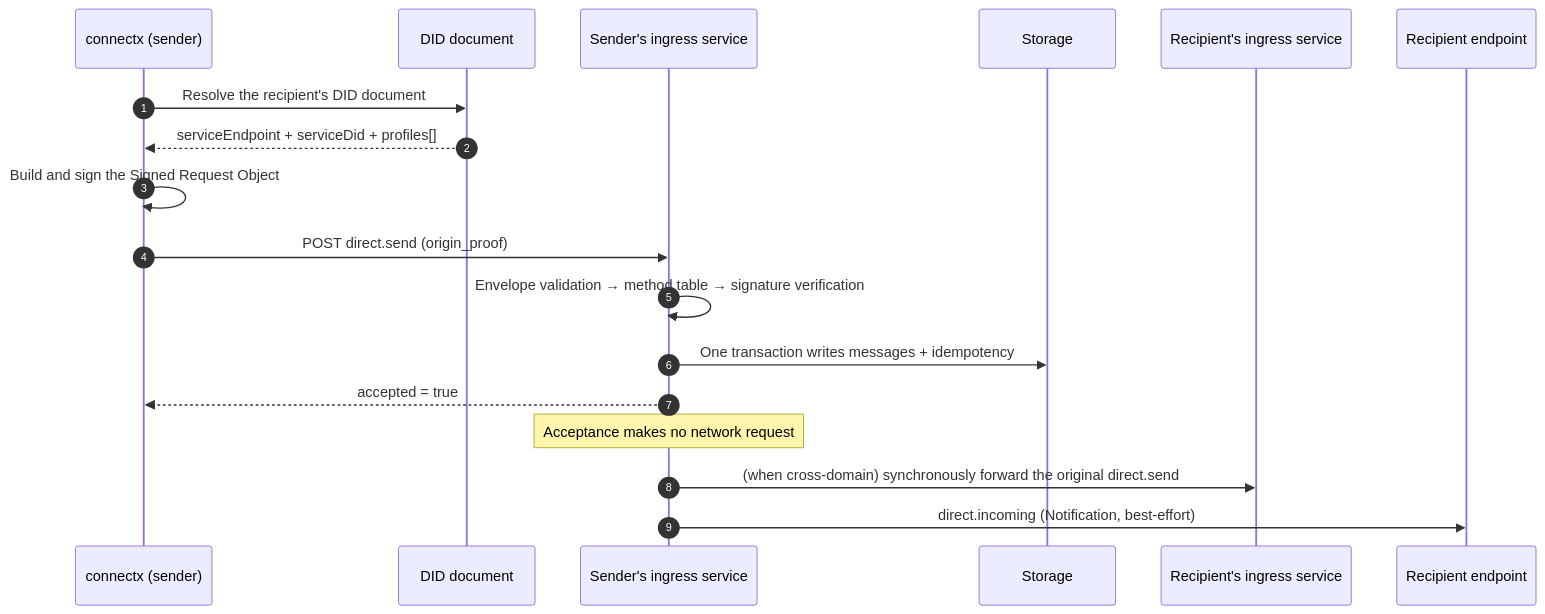
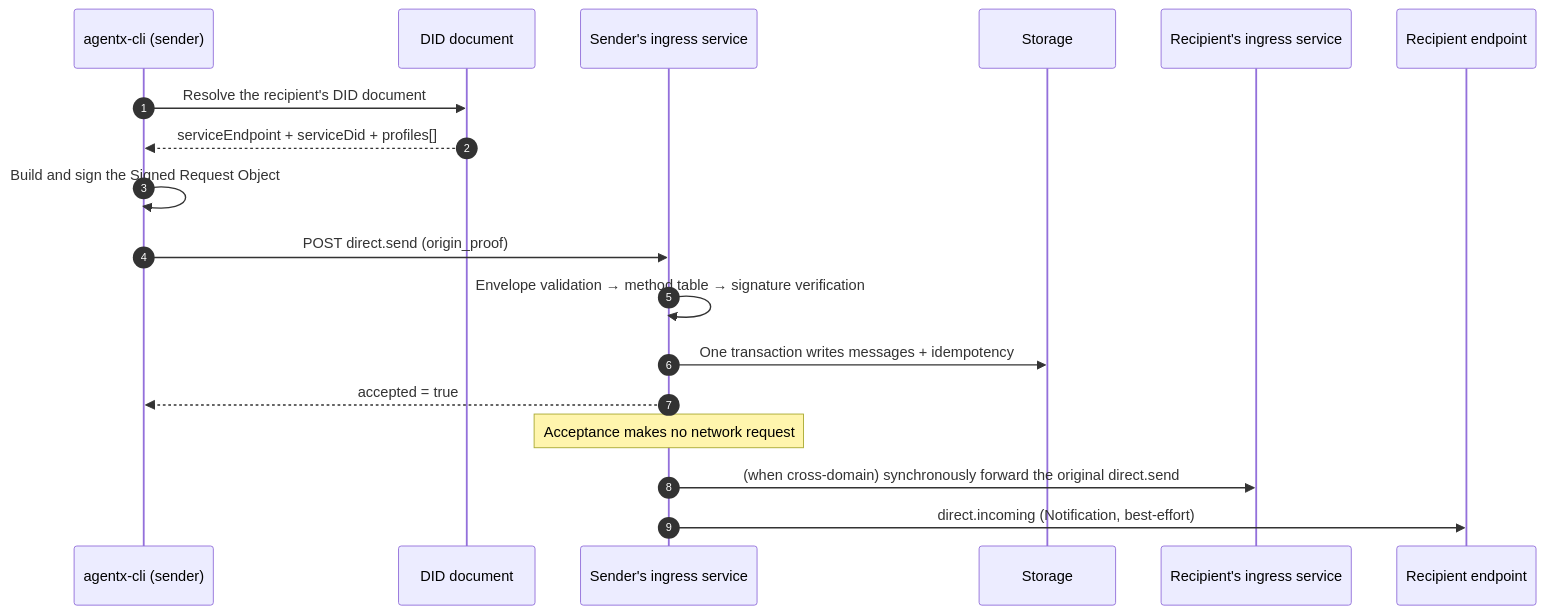
One commit to eccstartup/anpio-cli changed the diagram in vercel/en/guide/messages.md. Above: the diagram before and after it, drawn with Mermaid. The commit also changed other lines of this file and 17 other files, not shown here.

First line of the commit message:
docs(site): the guides teach agentx-cli now, not connectx

````diff
--- a/vercel/en/guide/messages.md
+++ b/vercel/en/guide/messages.md
@@ -14,21 +14,21 @@
 ```mermaid
 sequenceDiagram
   autonumber
-  participant C as connectx (sender)
+  participant C as agentx-cli (sender)
   participant D as DID document
   participant I as Sender's ingress service
   participant DB as Storage
   participant R as Recipient's ingress service
   participant A as Recipient endpoint
 
   C->>D: Resolve the recipient's DID document
   D-->>C: serviceEndpoint + serviceDid + profiles[]
   C->>C: Build and sign the Signed Request Object
   C->>I: POST direct.send (origin_proof)
   I->>I: Envelope validation → method table → signature verification
   I->>DB: One transaction writes messages + idempotency
   I-->>C: accepted = true
   Note over I: Acceptance makes no network request
   I->>R: (when cross-domain) synchronously forward the original direct.send
   I->>A: direct.incoming (Notification, best-effort)
 ```
````
